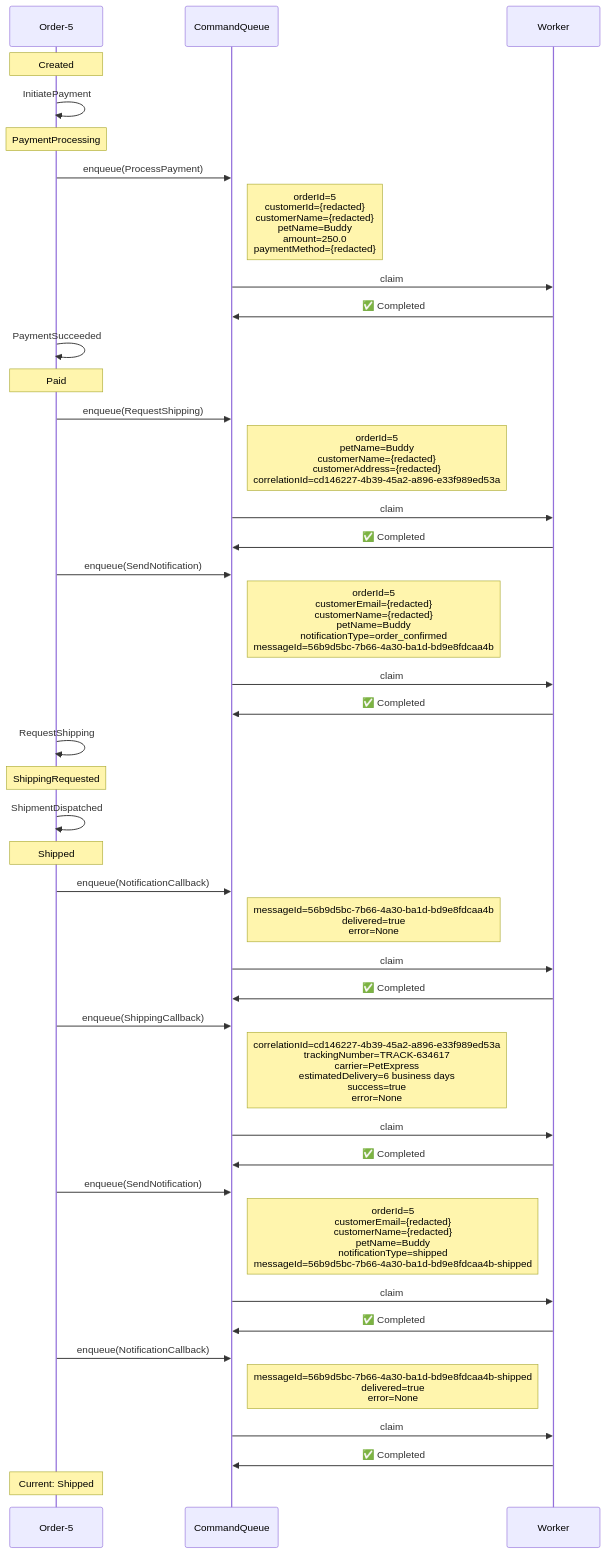
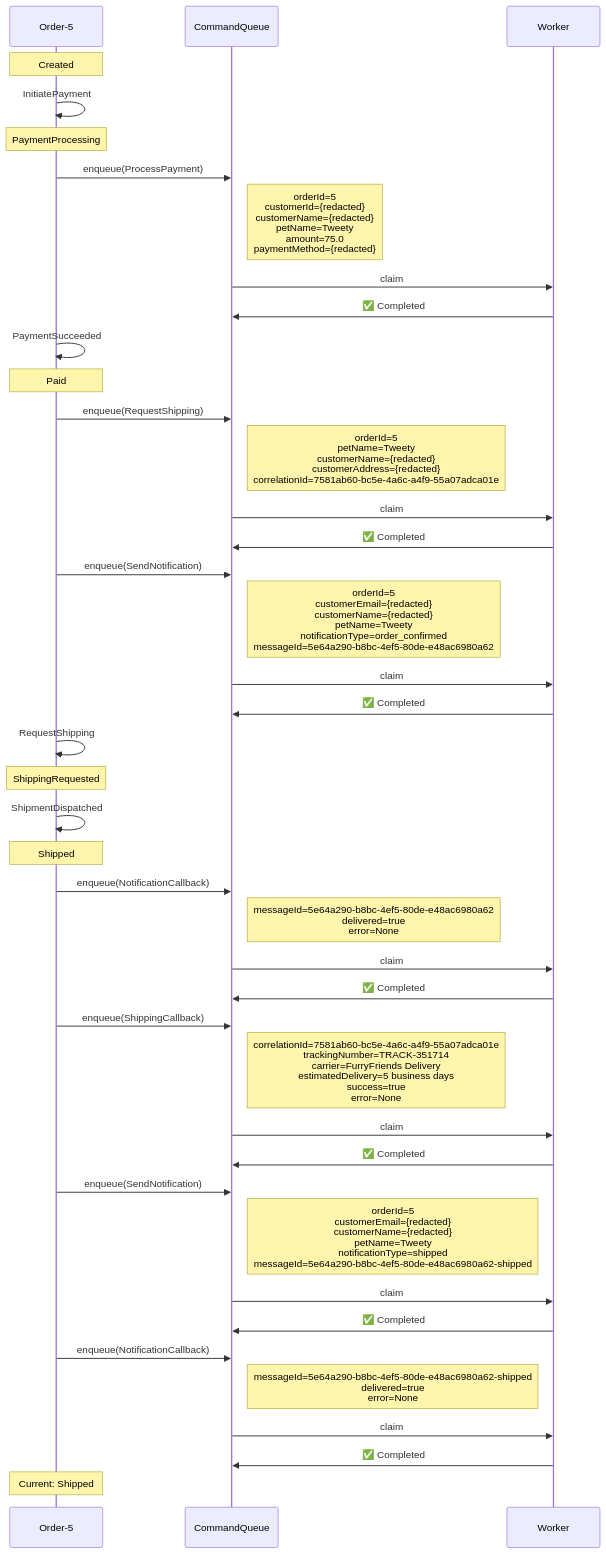
One commit to Iterable/mechanoid changed the first of 3 diagrams in docs/visualizations/order-5-trace.md. Above: the diagram before and after it, drawn with Mermaid. The commit also changed 19 other files, not shown here.

````diff
--- a/docs/visualizations/order-5-trace.md
+++ b/docs/visualizations/order-5-trace.md
@@ -11,46 +11,46 @@
 ```mermaid
 %%{init: {'themeCSS': '.noteText { text-align: left !important; }'}}%%
 sequenceDiagram
     participant FSM as Order-5
     participant CQ as CommandQueue
     participant W as Worker
 
     Note over FSM: Created
     FSM->>FSM: InitiatePayment
     Note over FSM: PaymentProcessing
     FSM->>CQ: enqueue(ProcessPayment)
-    Note right of CQ: orderId=5<br/>customerId={redacted}<br/>customerName={redacted}<br/>petName=Buddy<br/>amount=250.0<br/>paymentMethod={redacted}
+    Note right of CQ: orderId=5<br/>customerId={redacted}<br/>customerName={redacted}<br/>petName=Tweety<br/>amount=75.0<br/>paymentMethod={redacted}
     CQ->>W: claim
     W->>CQ: ✅ Completed
     FSM->>FSM: PaymentSucceeded
     Note over FSM: Paid
     FSM->>CQ: enqueue(RequestShipping)
-    Note right of CQ: orderId=5<br/>petName=Buddy<br/>customerName={redacted}<br/>customerAddress={redacted}<br/>correlationId=cd146227-4b39-45a2-a896-e33f989ed53a
+    Note right of CQ: orderId=5<br/>petName=Tweety<br/>customerName={redacted}<br/>customerAddress={redacted}<br/>correlationId=7581ab60-bc5e-4a6c-a4f9-55a07adca01e
     CQ->>W: claim
     W->>CQ: ✅ Completed
     FSM->>CQ: enqueue(SendNotification)
-    Note right of CQ: orderId=5<br/>customerEmail={redacted}<br/>customerName={redacted}<br/>petName=Buddy<br/>notificationType=order_confirmed<br/>messageId=56b9d5bc-7b66-4a30-ba1d-bd9e8fdcaa4b
+    Note right of CQ: orderId=5<br/>customerEmail={redacted}<br/>customerName={redacted}<br/>petName=Tweety<br/>notificationType=order_confirmed<br/>messageId=5e64a290-b8bc-4ef5-80de-e48ac6980a62
     CQ->>W: claim
     W->>CQ: ✅ Completed
     FSM->>FSM: RequestShipping
     Note over FSM: ShippingRequested
     FSM->>FSM: ShipmentDispatched
     Note over FSM: Shipped
     FSM->>CQ: enqueue(NotificationCallback)
-    Note right of CQ: messageId=56b9d5bc-7b66-4a30-ba1d-bd9e8fdcaa4b<br/>delivered=true<br/>error=None
+    Note right of CQ: messageId=5e64a290-b8bc-4ef5-80de-e48ac6980a62<br/>delivered=true<br/>error=None
     CQ->>W: claim
     W->>CQ: ✅ Completed
     FSM->>CQ: enqueue(ShippingCallback)
-    Note right of CQ: correlationId=cd146227-4b39-45a2-a896-e33f989ed53a<br/>trackingNumber=TRACK-634617<br/>carrier=PetExpress<br/>estimatedDelivery=6 business days<br/>success=true<br/>error=None
+    Note right of CQ: correlationId=7581ab60-bc5e-4a6c-a4f9-55a07adca01e<br/>trackingNumber=TRACK-351714<br/>carrier=FurryFriends Delivery<br/>estimatedDelivery=5 business days<br/>success=true<br/>error=None
     CQ->>W: claim
     W->>CQ: ✅ Completed
     FSM->>CQ: enqueue(SendNotification)
-    Note right of CQ: orderId=5<br/>customerEmail={redacted}<br/>customerName={redacted}<br/>petName=Buddy<br/>notificationType=shipped<br/>messageId=56b9d5bc-7b66-4a30-ba1d-bd9e8fdcaa4b-shipped
+    Note right of CQ: orderId=5<br/>customerEmail={redacted}<br/>customerName={redacted}<br/>petName=Tweety<br/>notificationType=shipped<br/>messageId=5e64a290-b8bc-4ef5-80de-e48ac6980a62-shipped
     CQ->>W: claim
     W->>CQ: ✅ Completed
     FSM->>CQ: enqueue(NotificationCallback)
-    Note right of CQ: messageId=56b9d5bc-7b66-4a30-ba1d-bd9e8fdcaa4b-shipped<br/>delivered=true<br/>error=None
+    Note right of CQ: messageId=5e64a290-b8bc-4ef5-80de-e48ac6980a62-shipped<br/>delivered=true<br/>error=None
     CQ->>W: claim
     W->>CQ: ✅ Completed
     Note over FSM: Current: Shipped
 ```
````
